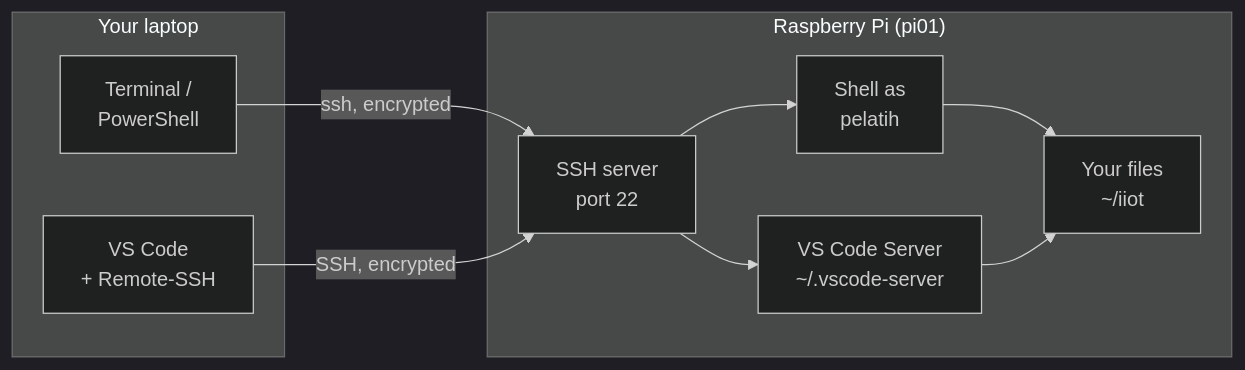
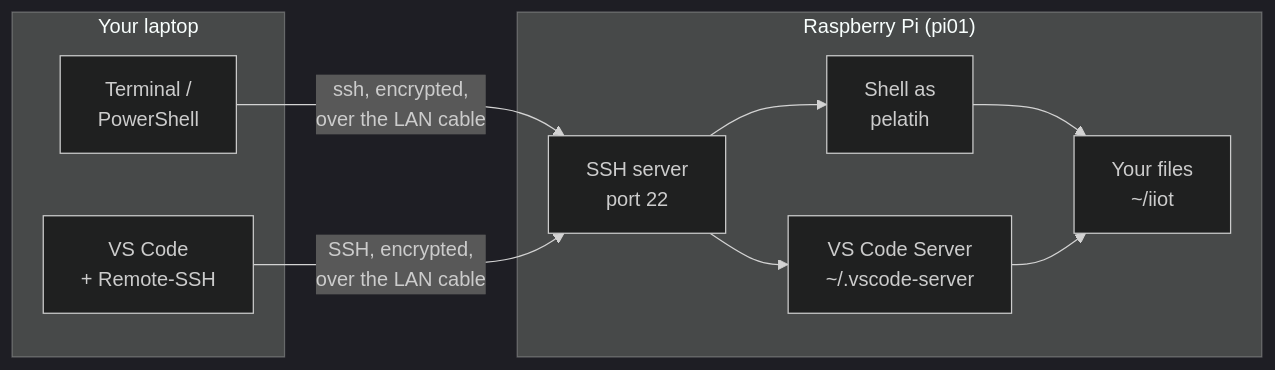
Before and after one commit to luqmanyusof/industrial-iot-raspberry-pi: the seventh of 23 diagrams in day1.md, drawn with Mermaid (dark theme). The commit also changed other lines of this file and 2 other files, not shown here.

First line of the commit message:
Day 1: Pi on two networks (internet via laptop LAN cable, plant via ESP32 Wi-Fi AP)

````diff
--- a/day1.md
+++ b/day1.md
@@ -241,19 +305,19 @@
 ```mermaid
 flowchart LR
     subgraph laptop["Your laptop"]
         term["Terminal /<br/>PowerShell"]
         vsc["VS Code<br/>+ Remote-SSH"]
     end
     subgraph pi["Raspberry Pi (pi01)"]
         sshd["SSH server<br/>port 22"]
         shell["Shell as<br/>pelatih"]
         vss["VS Code Server<br/>~/.vscode-server"]
         files["Your files<br/>~/iiot"]
     end
-    term -- "ssh, encrypted" --> sshd
-    vsc -- "SSH, encrypted" --> sshd
+    term -- "ssh, encrypted,<br/>over the LAN cable" --> sshd
+    vsc -- "SSH, encrypted,<br/>over the LAN cable" --> sshd
     sshd --> shell
     sshd --> vss
     shell --> files
     vss --> files
 ```
````
